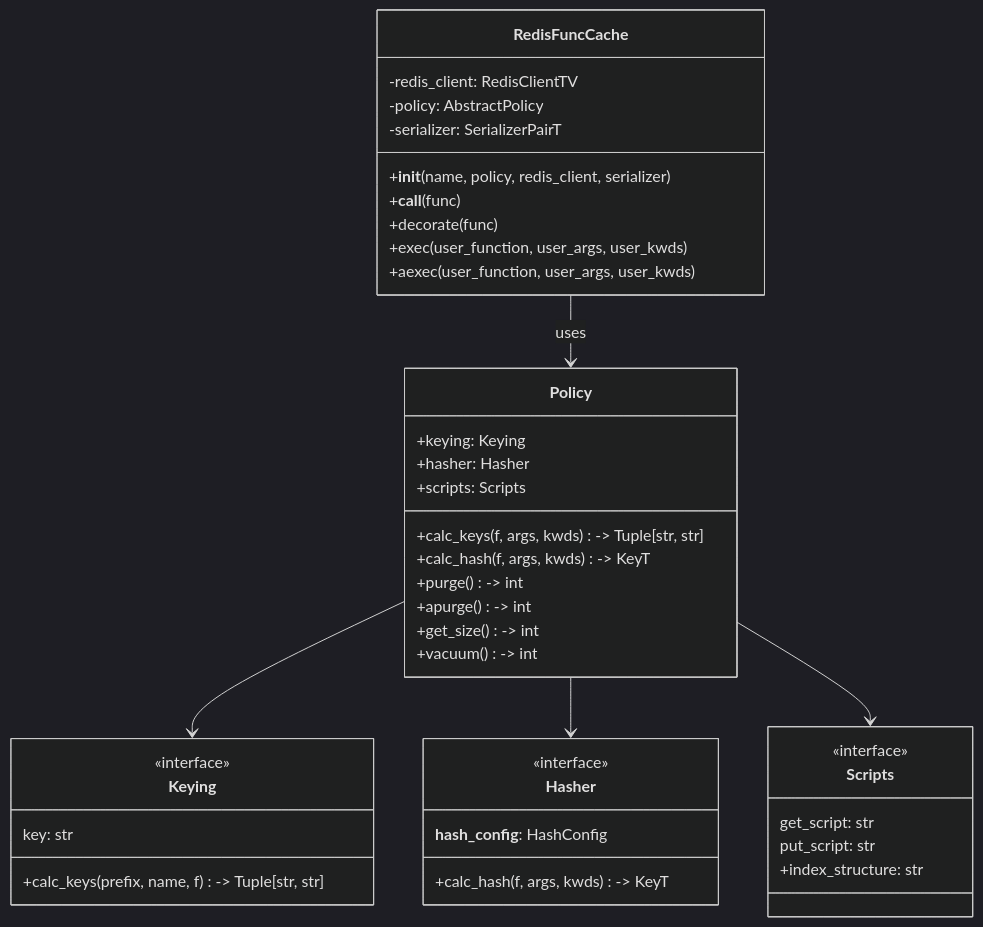
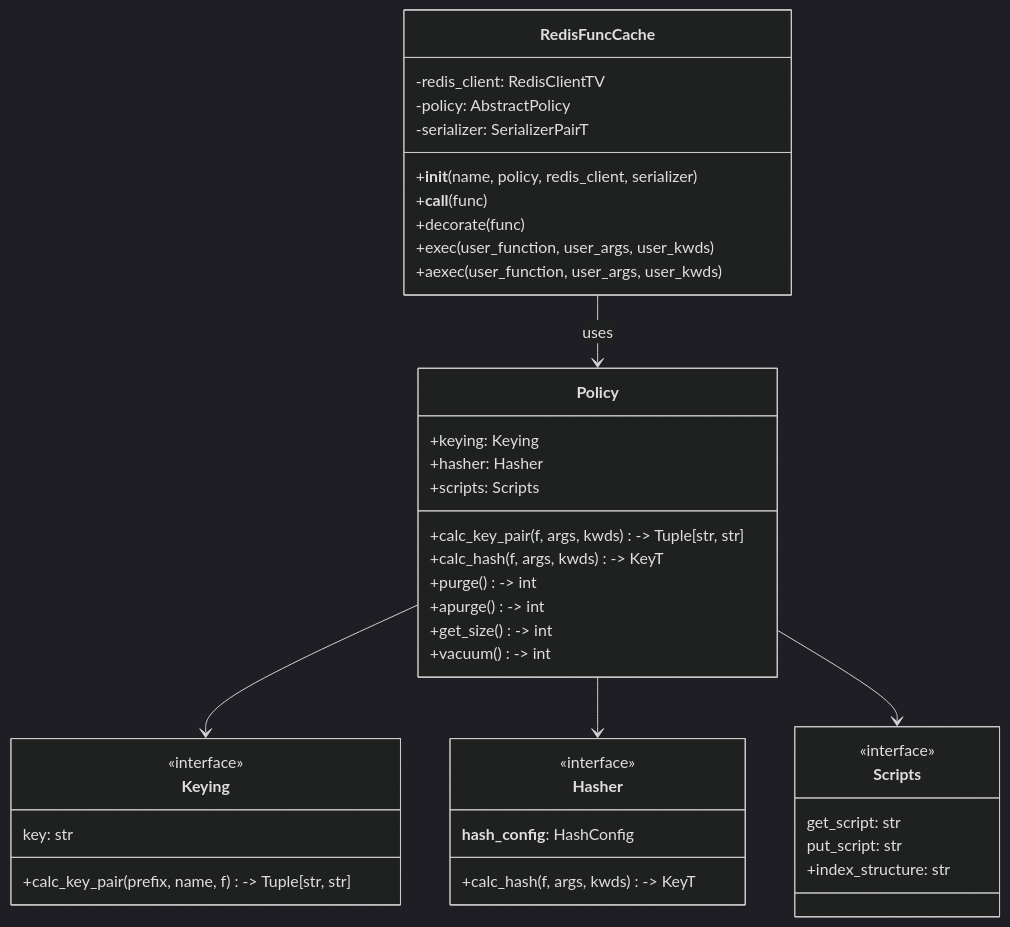
Before and after one commit to tanbro/redis_func_cache: the third of 7 diagrams in README.md, drawn with Mermaid (dark theme). The commit also changed other lines of this file and 20 other files, not shown here.

````diff
--- a/README.md
+++ b/README.md
@@ -416,49 +416,49 @@
 ```mermaid
 classDiagram
     class RedisFuncCache {
         -redis_client: RedisClientTV
         -policy: AbstractPolicy
         -serializer: SerializerPairT
         +__init__(name, policy, redis_client, serializer)
         +__call__(func)
         +decorate(func)
         +exec(user_function, user_args, user_kwds)
         +aexec(user_function, user_args, user_kwds)
     }
 
     class Policy {
         +keying: Keying
         +hasher: Hasher
         +scripts: Scripts
-        +calc_keys(f, args, kwds) -> Tuple[str, str]
+        +calc_key_pair(f, args, kwds) -> Tuple[str, str]
         +calc_hash(f, args, kwds) -> KeyT
         +purge() -> int
         +apurge() -> int
         +get_size() -> int
         +vacuum() -> int
     }
 
     class Keying {
         <<interface>>
         key: str
-        +calc_keys(prefix, name, f) -> Tuple[str, str]
+        +calc_key_pair(prefix, name, f) -> Tuple[str, str]
     }
 
     class Hasher {
         <<interface>>
         __hash_config__: HashConfig
         +calc_hash(f, args, kwds) -> KeyT
     }
 
     class Scripts {
         <<interface>>
         get_script: str
         put_script: str
         +index_structure: str
     }
 
     RedisFuncCache --> Policy : uses
     Policy --> Keying
     Policy --> Hasher
     Policy --> Scripts
 ```
````
